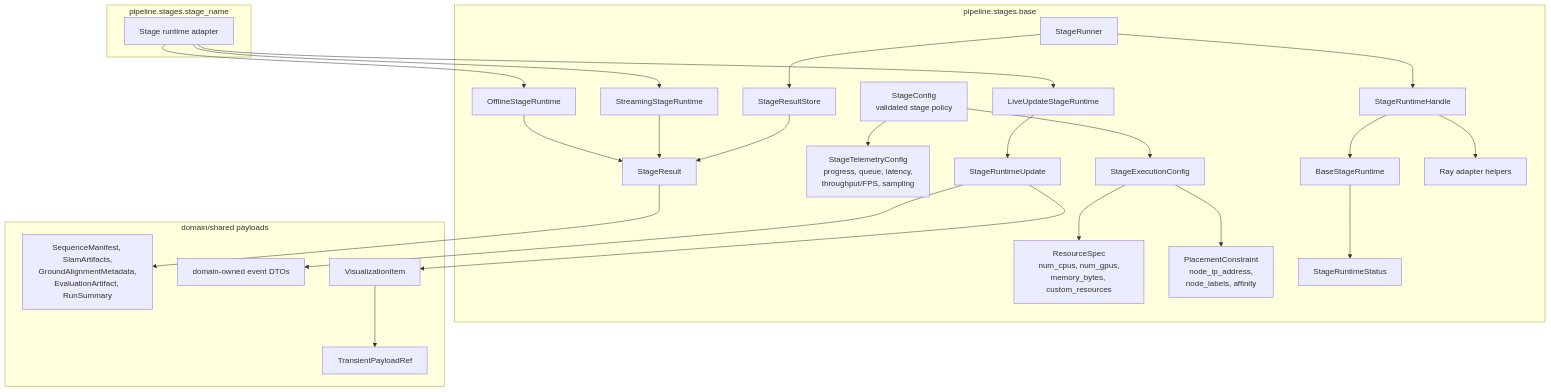
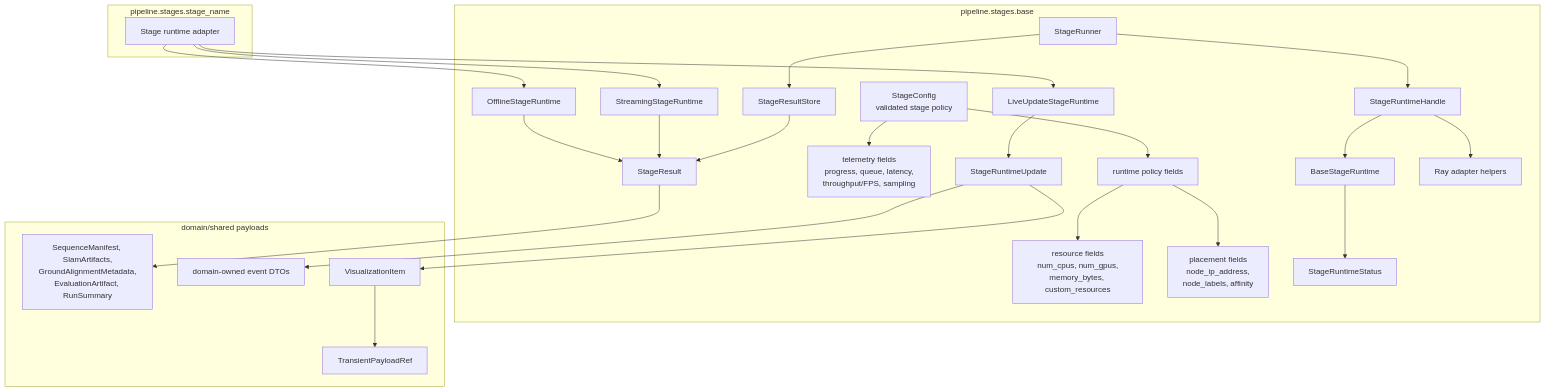
One commit to JanDuchscherer104/prml-vslam changed the second of 18 diagrams in docs/architecture/pipeline-stage-refactor-target.md. Above: the diagram before and after it, drawn with Mermaid. The commit also changed other lines of this file and 65 other files, not shown here.

Commit message:
refactor(pipeline): simplify stage config and cache surface

````diff
--- a/docs/architecture/pipeline-stage-refactor-target.md
+++ b/docs/architecture/pipeline-stage-refactor-target.md
@@ -209,53 +209,53 @@
 ```mermaid
 flowchart TB
     subgraph Base["pipeline.stages.base"]
         StageConfig["StageConfig<br/>validated stage policy"]
-        ExecutionConfig["StageExecutionConfig"]
-        Resources["ResourceSpec<br/>num_cpus, num_gpus,<br/>memory_bytes, custom_resources"]
-        Placement["PlacementConstraint<br/>node_ip_address,<br/>node_labels, affinity"]
-        Telemetry["StageTelemetryConfig<br/>progress, queue, latency,<br/>throughput/FPS, sampling"]
+        ExecutionConfig["runtime policy fields"]
+        Resources["resource fields<br/>num_cpus, num_gpus,<br/>memory_bytes, custom_resources"]
+        Placement["placement fields<br/>node_ip_address,<br/>node_labels, affinity"]
+        Telemetry["telemetry fields<br/>progress, queue, latency,<br/>throughput/FPS, sampling"]
         RuntimeStatus["StageRuntimeStatus"]
         StageResult["StageResult"]
         StageUpdate["StageRuntimeUpdate"]
         BaseProtocol["BaseStageRuntime"]
         OfflineProtocol["OfflineStageRuntime"]
         UpdateProtocol["LiveUpdateStageRuntime"]
         StreamingProtocol["StreamingStageRuntime"]
         ResultStore["StageResultStore"]
         Runner["StageRunner"]
         RuntimeProxy["StageRuntimeHandle"]
         RayHelpers["Ray adapter helpers"]
     end
 
     subgraph StageImpl["pipeline.stages.stage_name"]
         StageRuntime["Stage runtime adapter"]
     end
 
     subgraph DomainPayloads["domain/shared payloads"]
         Payloads["SequenceManifest, SlamArtifacts,<br/>GroundAlignmentMetadata,<br/>EvaluationArtifact, RunSummary"]
         DomainEvents["domain-owned event DTOs"]
         VisualizationItem["VisualizationItem"]
         PayloadRef["TransientPayloadRef"]
     end
 
     StageConfig --> ExecutionConfig
     ExecutionConfig --> Resources
     ExecutionConfig --> Placement
     StageConfig --> Telemetry
     BaseProtocol --> RuntimeStatus
     OfflineProtocol --> StageResult
     UpdateProtocol --> StageUpdate
     StreamingProtocol --> StageResult
     StageUpdate --> DomainEvents
     StageUpdate --> VisualizationItem
     VisualizationItem --> PayloadRef
     StageResult --> Payloads
     ResultStore --> StageResult
     Runner --> ResultStore
     Runner --> RuntimeProxy
     RuntimeProxy --> BaseProtocol
     RuntimeProxy --> RayHelpers
     StageRuntime --> OfflineProtocol
     StageRuntime --> UpdateProtocol
     StageRuntime --> StreamingProtocol
 ```
````
